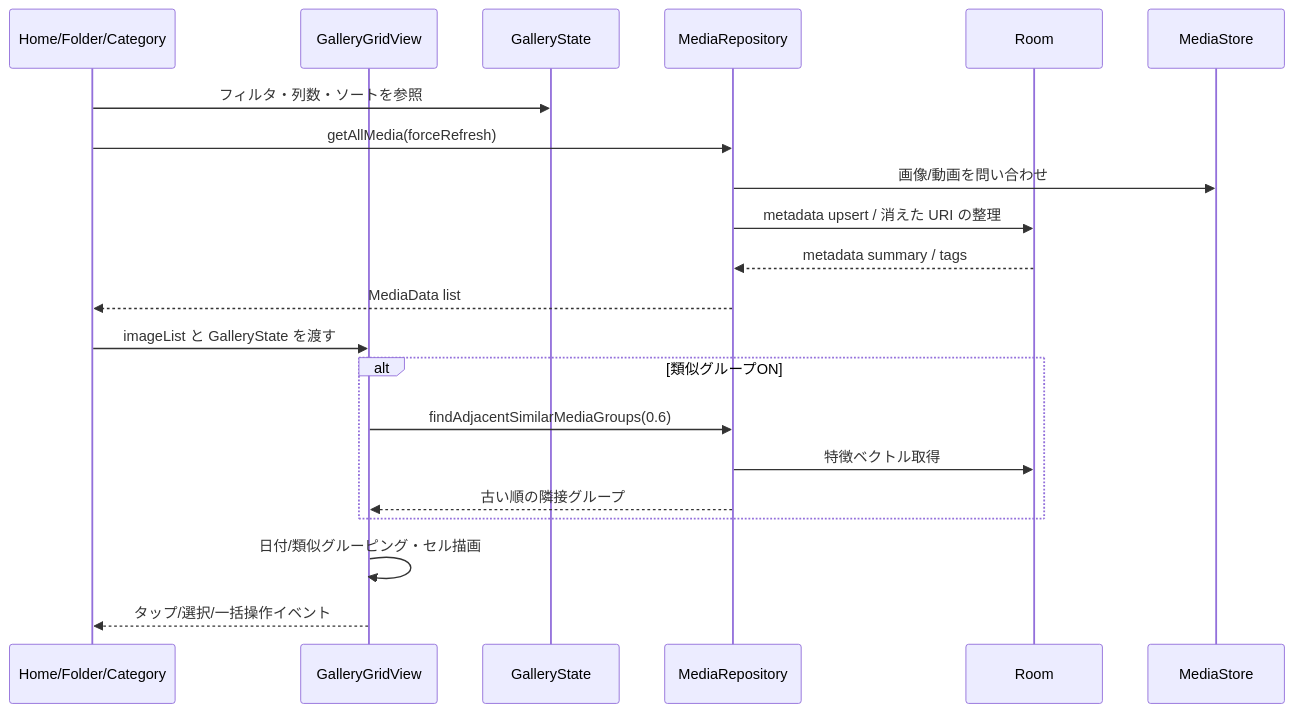
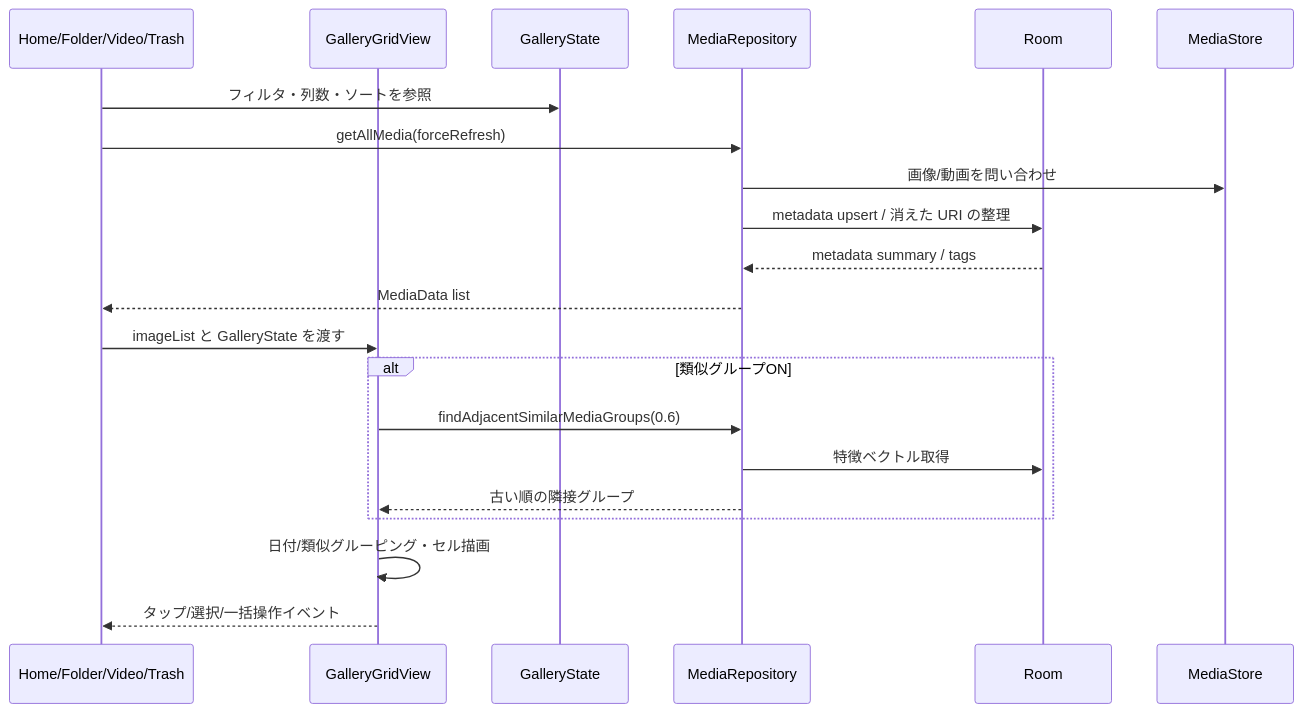
The fourth of 4 diagrams in docs/detail_design/01_media_gallery.md (Ksan1333/Gallery), drawn with Mermaid before and after one commit. The commit also changed other lines of this file and 46 other files, not shown here.

````diff
--- a/docs/detail_design/01_media_gallery.md
+++ b/docs/detail_design/01_media_gallery.md
@@ -168,24 +175,24 @@
 ```mermaid
 sequenceDiagram
-    participant UI as Home/Folder/Category
+    participant UI as Home/Folder/Video/Trash
     participant Grid as GalleryGridView
     participant State as GalleryState
     participant Repo as MediaRepository
     participant DB as Room
     participant MS as MediaStore
 
     UI->>State: フィルタ・列数・ソートを参照
     UI->>Repo: getAllMedia(forceRefresh)
     Repo->>MS: 画像/動画を問い合わせ
     Repo->>DB: metadata upsert / 消えた URI の整理
     DB-->>Repo: metadata summary / tags
     Repo-->>UI: MediaData list
     UI->>Grid: imageList と GalleryState を渡す
     alt 類似グループON
         Grid->>Repo: findAdjacentSimilarMediaGroups(0.6)
         Repo->>DB: 特徴ベクトル取得
         Repo-->>Grid: 古い順の隣接グループ
     end
     Grid->>Grid: 日付/類似グルーピング・セル描画
     Grid-->>UI: タップ/選択/一括操作イベント
 ```
````
